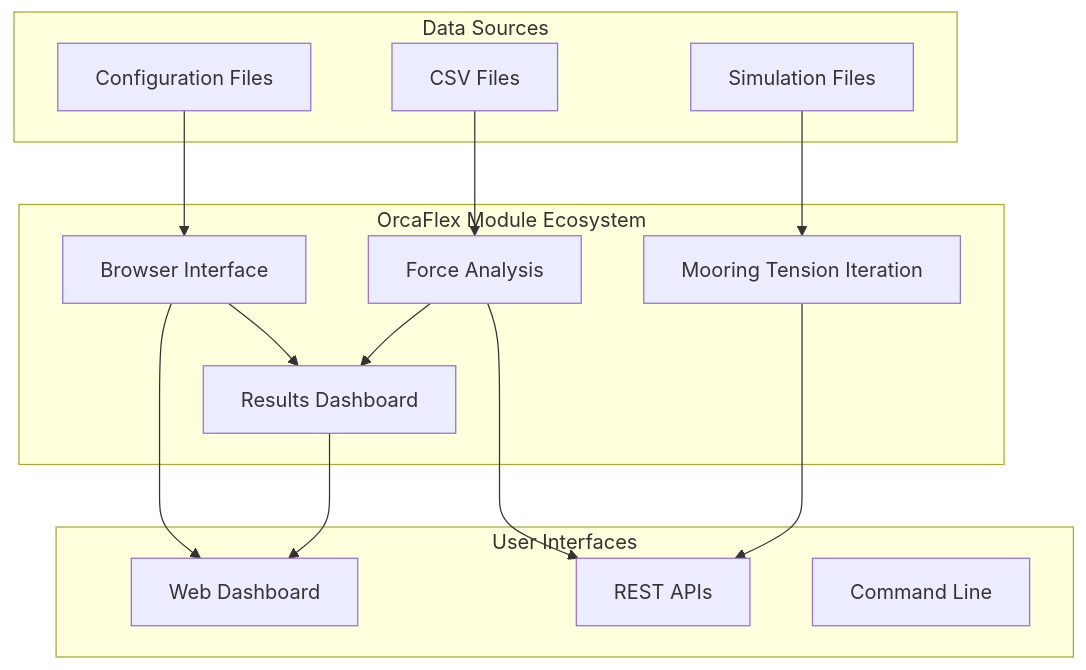
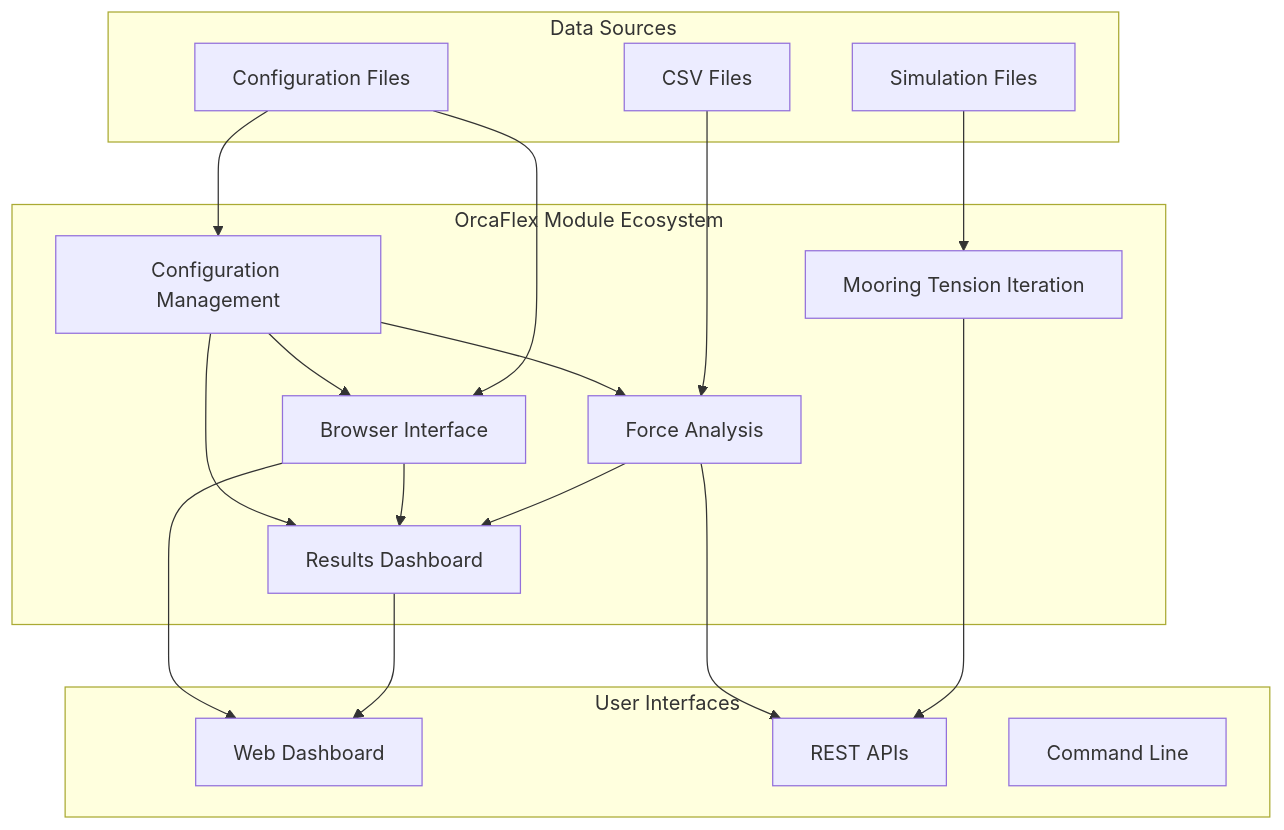
The first of 2 diagrams in specs/modules/orcaflex/README.md (vamseeachanta/digitalmodel), drawn with Mermaid before and after one commit. The commit also changed other lines of this file and 30 other files, not shown here.

````diff
--- a/specs/modules/orcaflex/README.md
+++ b/specs/modules/orcaflex/README.md
@@ -16,33 +16,38 @@
 ```mermaid
 graph TB
     subgraph "OrcaFlex Module Ecosystem"
         RD[Results Dashboard]
         FA[Force Analysis]
         BI[Browser Interface]
         MTI[Mooring Tension Iteration]
+        CM[Configuration Management]
     end
     
     subgraph "Data Sources"
         CSV[CSV Files]
         SIM[Simulation Files]
         CFG[Configuration Files]
     end
     
     subgraph "User Interfaces"
         WEB[Web Dashboard]
         API[REST APIs]
         CLI[Command Line]
     end
     
     CSV --> FA
     SIM --> MTI
     CFG --> BI
+    CFG --> CM
     
     FA --> RD
     BI --> RD
     MTI --> API
+    CM --> RD
+    CM --> FA
+    CM --> BI
     
     RD --> WEB
     FA --> API
     BI --> WEB
 ```
````
